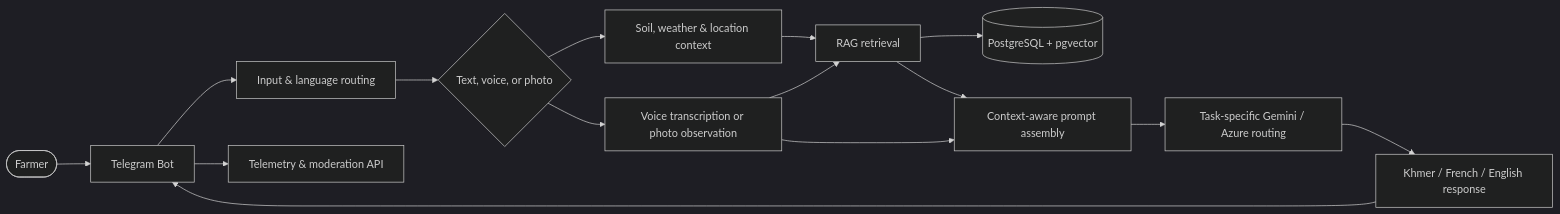
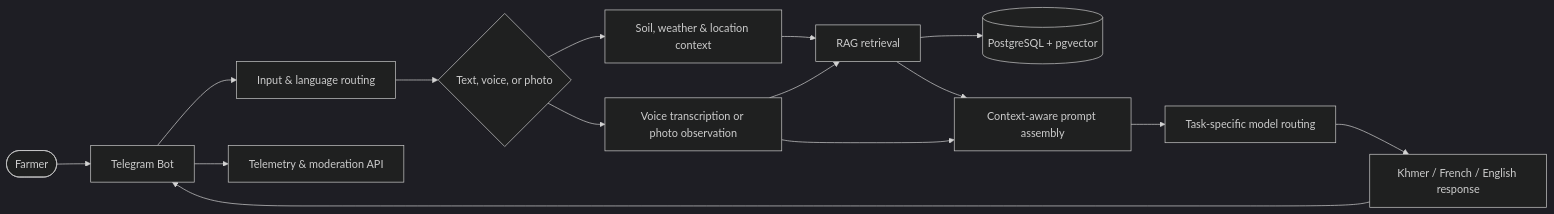
Before and after one commit to Krova-Lab/agribot: the diagram in README.md, drawn with Mermaid (dark theme). The commit also changed other lines of this file, not shown here.

````diff
--- a/README.md
+++ b/README.md
@@ -51,17 +51,17 @@
 ```mermaid
 flowchart LR
     Farmer([Farmer]) --> Telegram[Telegram Bot]
     Telegram --> Router[Input & language routing]
     Router --> Media{Text, voice, or photo}
     Media --> Context[Soil, weather & location context]
     Media --> Vision[Voice transcription or photo observation]
     Vision --> Retrieval
     Context --> Retrieval[RAG retrieval]
     Retrieval --> PG[(PostgreSQL + pgvector)]
     Retrieval --> Prompt[Context-aware prompt assembly]
     Vision --> Prompt
-    Prompt --> Models[Task-specific Gemini / Azure routing]
+    Prompt --> Models[Task-specific model routing]
     Models --> Reply[Khmer / French / English response]
     Reply --> Telegram
     Telegram --> Audit[Telemetry & moderation API]
 ```
````
